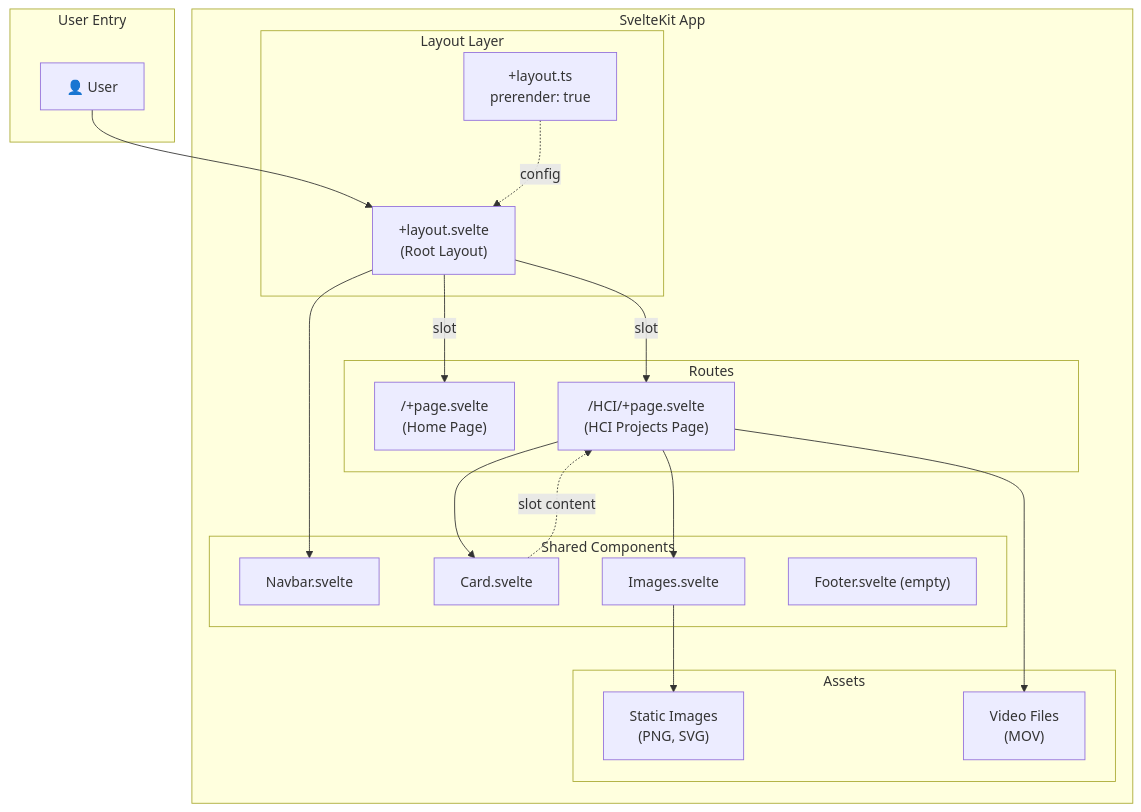
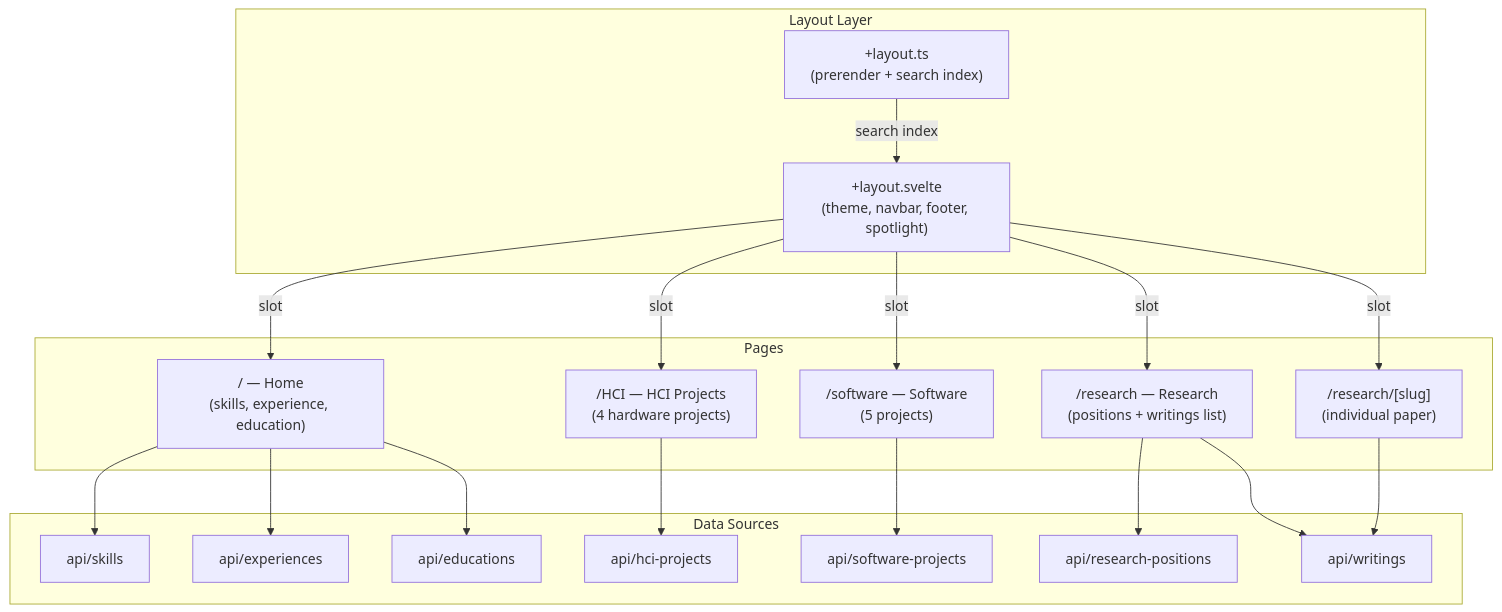
Before and after one commit to apramodk/pweb: the third of 6 diagrams in ARCHITECTURE.md, drawn with Mermaid. The commit also changed other lines of this file and 19 other files, not shown here.

````diff
--- a/ARCHITECTURE.md
+++ b/ARCHITECTURE.md
@@ -7,42 +55,41 @@
 ```mermaid
-flowchart TB
-    subgraph "User Entry"
-        USER[👤 User]
+graph TD
+    subgraph "Layout Layer"
+        LAYOUT["+layout.svelte<br/>(theme, navbar, footer, spotlight)"]
+        LAYOUT_TS["+layout.ts<br/>(prerender + search index)"]
     end
 
-    subgraph "SvelteKit App"
-        subgraph "Layout Layer"
-            LAYOUT["+layout.svelte<br/>(Root Layout)"]
-            LAYOUT_TS["+layout.ts<br/>prerender: true"]
-        end
-
-        subgraph "Routes"
-            HOME["/+page.svelte<br/>(Home Page)"]
-            HCI["/HCI/+page.svelte<br/>(HCI Projects Page)"]
-        end
-
-        subgraph "Shared Components"
-            NAVBAR["Navbar.svelte"]
-            CARD["Card.svelte"]
-            IMAGES["Images.svelte"]
-            FOOTER["Footer.svelte (empty)"]
-        end
-
-        subgraph "Assets"
-            STATIC_IMAGES["Static Images<br/>(PNG, SVG)"]
-            VIDEO_FILES["Video Files<br/>(MOV)"]
-        end
+    subgraph "Pages"
+        HOME["/ — Home<br/>(skills, experience, education)"]
+        HCI["/HCI — HCI Projects<br/>(4 hardware projects)"]
+        SOFTWARE["/software — Software<br/>(5 projects)"]
+        RESEARCH["/research — Research<br/>(positions + writings list)"]
+        PAPER["/research/[slug]<br/>(individual paper)"]
     end
 
-    USER --> LAYOUT
-    LAYOUT_TS -.->|config| LAYOUT
-    LAYOUT --> NAVBAR
+    subgraph "Data Sources"
+        S_SKILLS["api/skills"]
+        S_EXP["api/experiences"]
+        S_EDU["api/educations"]
+        S_HCI["api/hci-projects"]
+        S_SW["api/software-projects"]
+        S_RES["api/research-positions"]
+        S_WRITE["api/writings"]
+    end
+
+    LAYOUT_TS -->|search index| LAYOUT
     LAYOUT -->|slot| HOME
     LAYOUT -->|slot| HCI
-    
-    HCI --> CARD
-    HCI --> IMAGES
-    CARD -.->|slot content| HCI
-    IMAGES --> STATIC_IMAGES
-    HCI --> VIDEO_FILES
+    LAYOUT -->|slot| SOFTWARE
+    LAYOUT -->|slot| RESEARCH
+    LAYOUT -->|slot| PAPER
+
+    HOME --> S_SKILLS
+    HOME --> S_EXP
+    HOME --> S_EDU
+    HCI --> S_HCI
+    SOFTWARE --> S_SW
+    RESEARCH --> S_RES
+    RESEARCH --> S_WRITE
+    PAPER --> S_WRITE
 ```
````
